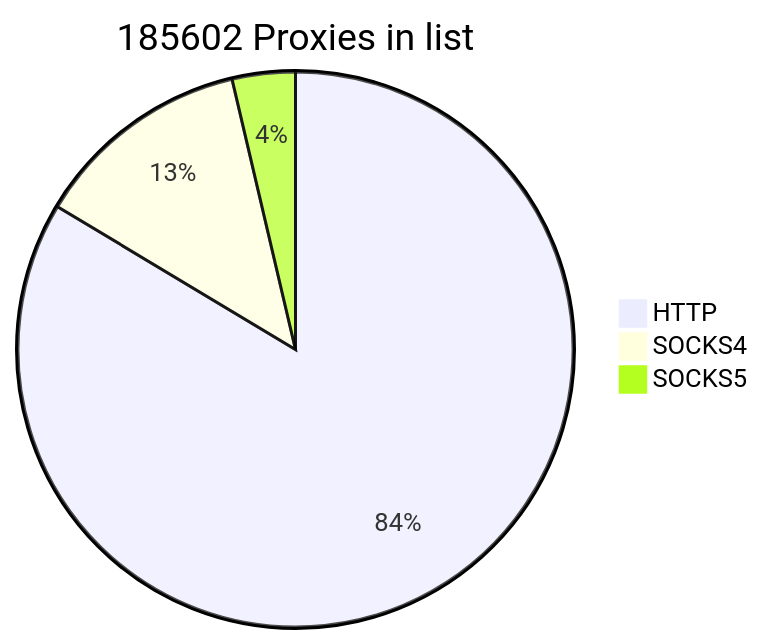
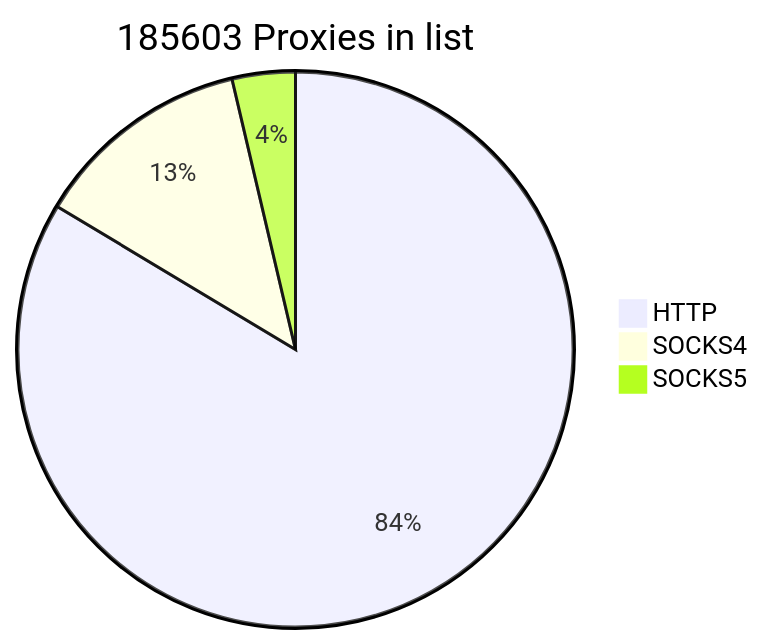
Before and after one commit to cutipu/proxylist: the first of 2 diagrams in README.md, drawn with Mermaid. The commit also changed other lines of this file, not shown here.

````diff
--- a/README.md
+++ b/README.md
@@ -2,7 +2,7 @@
 ```mermaid
-pie title 185602 Proxies in list
+pie title 185603 Proxies in list
     "HTTP" : 155173
     "SOCKS4" : 23618
-    "SOCKS5" : 6811
+    "SOCKS5" : 6812
             
 ```
````
